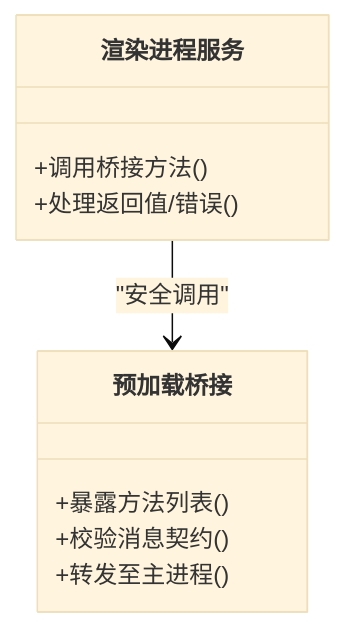
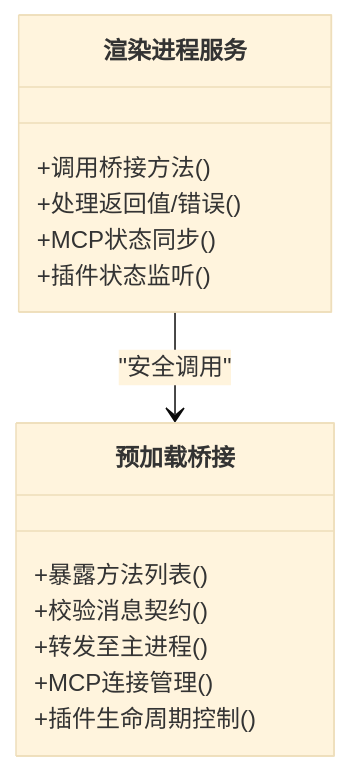
Before and after one commit to kkutysllb/KCoder: the fourth of 6 diagrams in .qoder/repowiki/zh/content/前端架构/API集成层.md, drawn with Mermaid (base theme). The commit also changed other lines of this file and 11 other files, not shown here.

````diff
--- a/.qoder/repowiki/zh/content/前端架构/API集成层.md
+++ b/.qoder/repowiki/zh/content/前端架构/API集成层.md
@@ -173,13 +203,17 @@
 ```mermaid
 classDiagram
 class 预加载桥接 {
 +暴露方法列表()
 +校验消息契约()
 +转发至主进程()
++MCP连接管理()
++插件生命周期控制()
 }
 class 渲染进程服务 {
 +调用桥接方法()
 +处理返回值/错误()
++MCP状态同步()
++插件状态监听()
 }
 渲染进程服务 --> 预加载桥接 : "安全调用"
 ```
````
